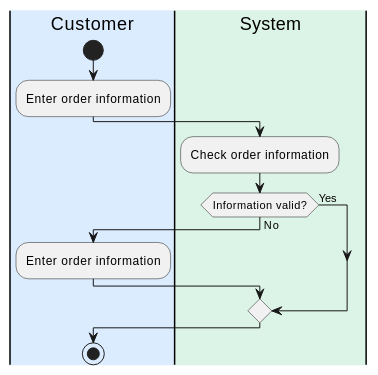
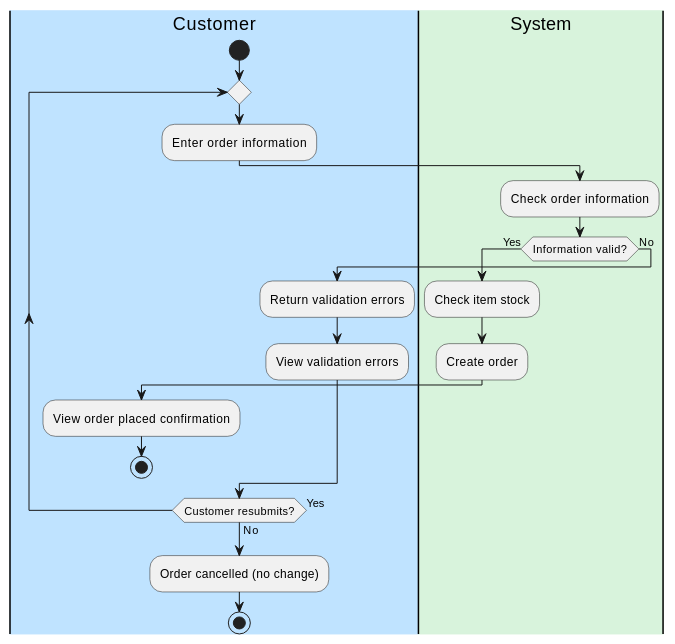
Before and after one commit to duckpao/FlowerShop_SWP391: the diagram in SWIMLANE_STYLE_SPEC.md, drawn with PlantUML. The commit also changed other lines of this file and 356 other files, not shown here.

````diff
--- a/SWIMLANE_STYLE_SPEC.md
+++ b/SWIMLANE_STYLE_SPEC.md
@@ -89,16 +120,24 @@
 ```plantuml
 @startuml
-|#DCECFF|Customer|
+|#BFE3FF|Customer|
 start
-:Enter order information;
-|#DCF3E7|System|
-:Check order information;
-if (Information valid?) then (Yes)
-else (No)
-  |Customer|
+repeat
   :Enter order information;
-endif
-|Customer|
+  |#D8F3DC|System|
+  :Check order information;
+  if (Information valid?) then (Yes)
+    :Check item stock;
+    :Create order;
+    |#BFE3FF|Customer|
+    :View order placed confirmation;
+    stop
+  else (No)
+    :Return validation errors;
+    |#BFE3FF|Customer|
+    :View validation errors;
+  endif
+repeat while (Customer resubmits?) is (Yes) not (No)
+:Order cancelled (no change);
 stop
 @enduml
 ```
````
